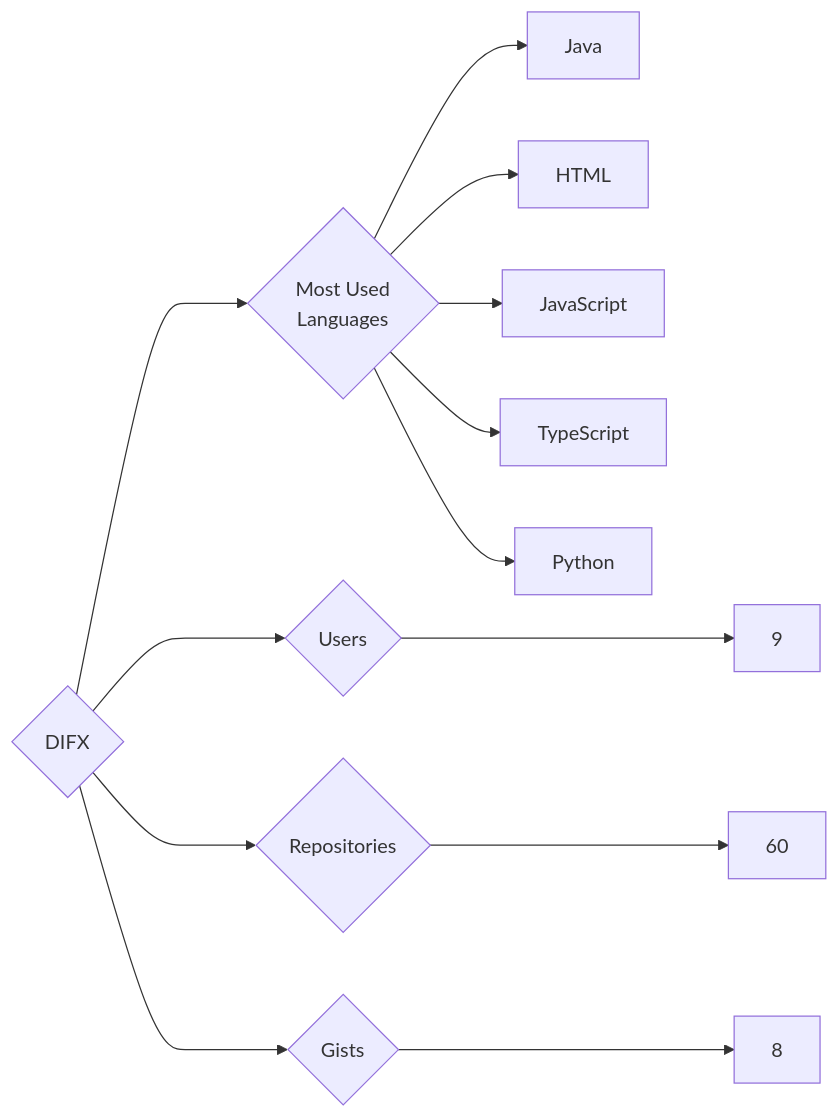
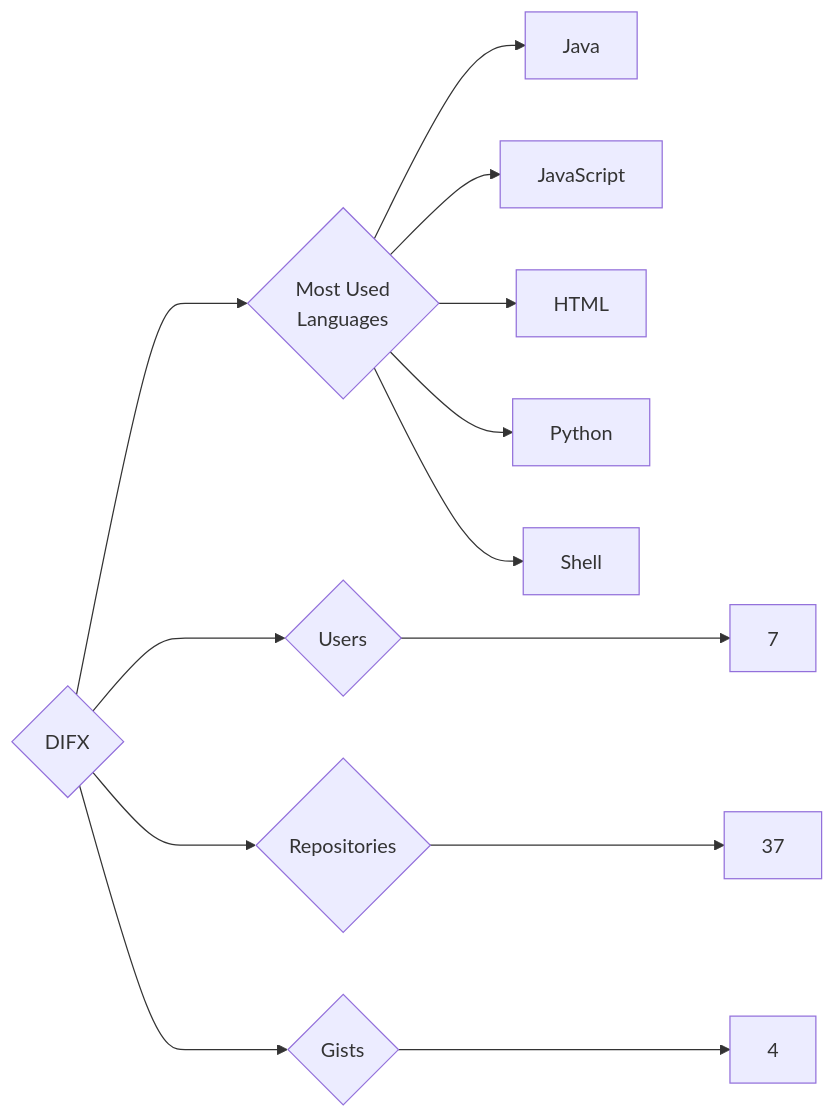
Before and after one commit to trickest/insiders: the diagram in targets/DIFX/README.md, drawn with Mermaid. The commit also changed 1084 other files, not shown here.

````diff
--- a/targets/DIFX/README.md
+++ b/targets/DIFX/README.md
@@ -3,13 +3,13 @@
 ```mermaid
 graph LR
 COMPANY_NAME{DIFX}
-COMPANY_NAME ---> U{Users} ---> UN[9]
-COMPANY_NAME ---> R{Repositories} ---> RN[60]
-COMPANY_NAME ---> G{Gists} ---> GN[8]
+COMPANY_NAME ---> U{Users} ---> UN[7]
+COMPANY_NAME ---> R{Repositories} ---> RN[37]
+COMPANY_NAME ---> G{Gists} ---> GN[4]
 COMPANY_NAME ---> ML{Most Used<br>Languages}
 ML --> Java[Java]
+ML --> JavaScript[JavaScript]
 ML --> HTML[HTML]
-ML --> JavaScript[JavaScript]
-ML --> TypeScript[TypeScript]
 ML --> Python[Python]
+ML --> Shell[Shell]
 ```
````
